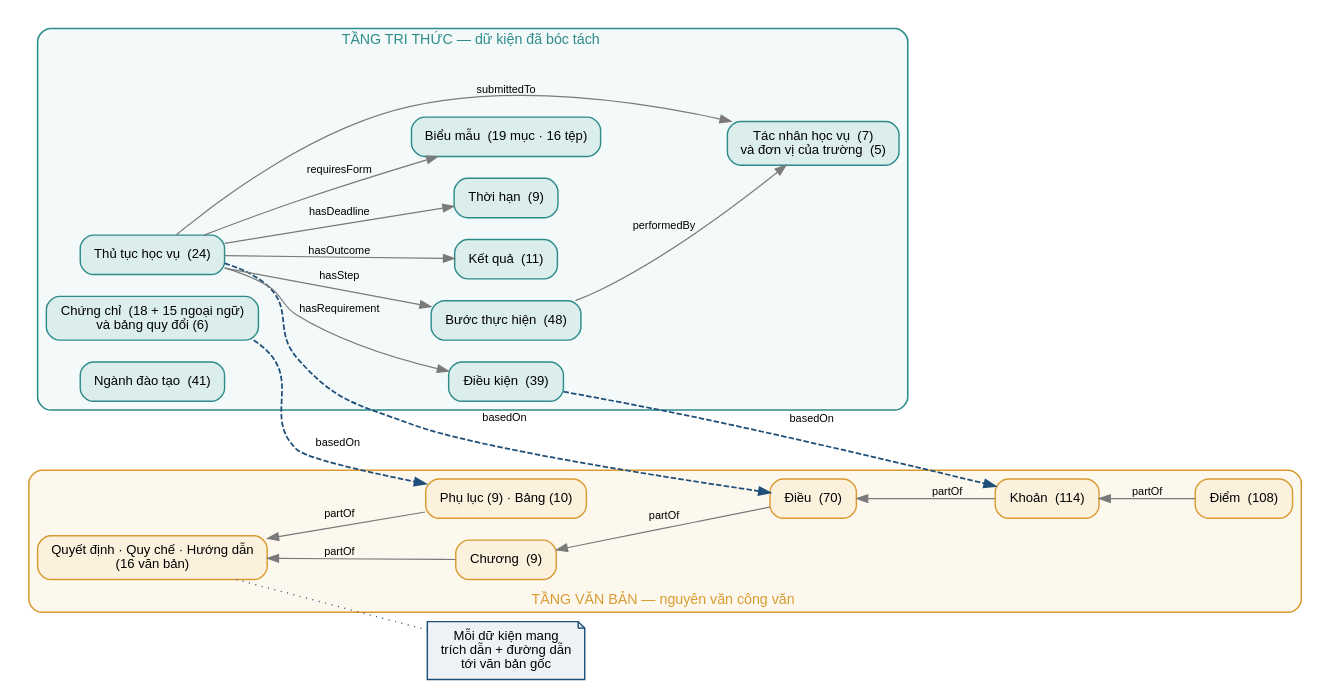
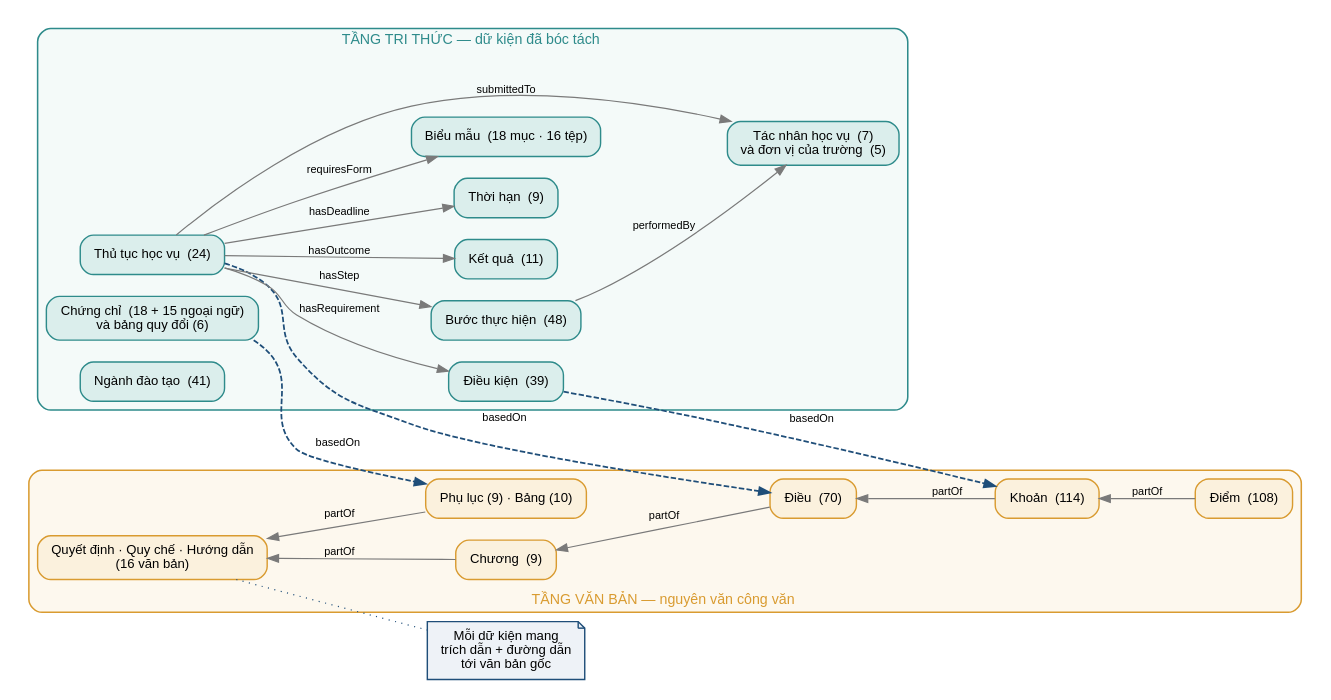
The diagram in artifacts/figures/ontology-diagram.dot (vpthinh19/ontology-chatbot), drawn with Graphviz before and after one commit. The commit also changed 152 other files, not shown here.

```diff
--- a/artifacts/figures/ontology-diagram.dot
+++ b/artifacts/figures/ontology-diagram.dot
@@ -1,52 +1,52 @@
 digraph ontology {
   pad=0.15;
   rankdir=LR; bgcolor="white"; nodesep=0.28; ranksep=0.75; compound=true;
   node [shape=box, style="rounded,filled", fontname="Liberation Sans", fontsize=12,
         penwidth=1.3, margin="0.18,0.10"];
   edge [fontname="Liberation Sans", fontsize=10, color="#7a7a7a", penwidth=1.1];
 
   subgraph cluster_vb {
     label="  TẦNG VĂN BẢN — nguyên văn công văn  "; labelloc=b;
     fontname="Liberation Sans"; fontsize=13; fontcolor="#d99b30";
     color="#d99b30"; bgcolor="#fdf8ee"; style=rounded; penwidth=1.4;
     vb  [label="Quyết định · Quy chế · Hướng dẫn\n(16 văn bản)", fillcolor="#fbf1dd", color="#d99b30"];
     ch  [label="Chương  (9)", fillcolor="#fbf1dd", color="#d99b30"];
     dieu[label="Điều  (70)", fillcolor="#fbf1dd", color="#d99b30"];
     kho [label="Khoản  (114)", fillcolor="#fbf1dd", color="#d99b30"];
     diem[label="Điểm  (108)", fillcolor="#fbf1dd", color="#d99b30"];
     pl  [label="Phụ lục (9) · Bảng (10)", fillcolor="#fbf1dd", color="#d99b30"];
     vb -> ch -> dieu -> kho -> diem [label=" partOf ", dir=back];
     vb -> pl [label=" partOf ", dir=back];
   }
 
   subgraph cluster_tt {
     label="  TẦNG TRI THỨC — dữ kiện đã bóc tách  "; labelloc=t;
     fontname="Liberation Sans"; fontsize=13; fontcolor="#2e8b8b";
     color="#2e8b8b"; bgcolor="#f4faf9"; style=rounded; penwidth=1.4;
     tt  [label="Thủ tục học vụ  (24)", fillcolor="#dbeeec", color="#2e8b8b"];
     buoc[label="Bước thực hiện  (48)", fillcolor="#dbeeec", color="#2e8b8b"];
     dk  [label="Điều kiện  (39)", fillcolor="#dbeeec", color="#2e8b8b"];
     kq  [label="Kết quả  (11)", fillcolor="#dbeeec", color="#2e8b8b"];
     han [label="Thời hạn  (9)", fillcolor="#dbeeec", color="#2e8b8b"];
-    bm  [label="Biểu mẫu  (19 mục · 16 tệp)", fillcolor="#dbeeec", color="#2e8b8b"];
+    bm  [label="Biểu mẫu  (18 mục · 16 tệp)", fillcolor="#dbeeec", color="#2e8b8b"];
     nganh[label="Ngành đào tạo  (41)", fillcolor="#dbeeec", color="#2e8b8b"];
     cc  [label="Chứng chỉ  (18 + 15 ngoại ngữ)\nvà bảng quy đổi (6)", fillcolor="#dbeeec", color="#2e8b8b"];
     tac [label="Tác nhân học vụ  (7)\nvà đơn vị của trường  (5)", fillcolor="#dbeeec", color="#2e8b8b"];
     tt -> buoc [label=" hasStep "];
     tt -> dk   [label=" hasRequirement "];
     tt -> kq   [label=" hasOutcome "];
     tt -> han  [label=" hasDeadline "];
     tt -> bm   [label=" requiresForm "];
     buoc -> tac [label=" performedBy "];
     tt -> tac  [label=" submittedTo "];
   }
 
   nguon [label="Mỗi dữ kiện mang\ntrích dẫn + đường dẫn\ntới văn bản gốc",
          shape=note, fillcolor="#eef2f7", color="#1f4e79", style=filled];
 
   tt   -> dieu [label="  basedOn  ", color="#1f4e79", penwidth=1.6, style=dashed];
   dk   -> kho  [label="  basedOn  ", color="#1f4e79", penwidth=1.6, style=dashed];
   cc   -> pl   [label="  basedOn  ", color="#1f4e79", penwidth=1.6, style=dashed];
   nganh -> pl  [style=invis];
   vb -> nguon [style=dotted, color="#1f4e79", arrowhead=none];
 }
```
